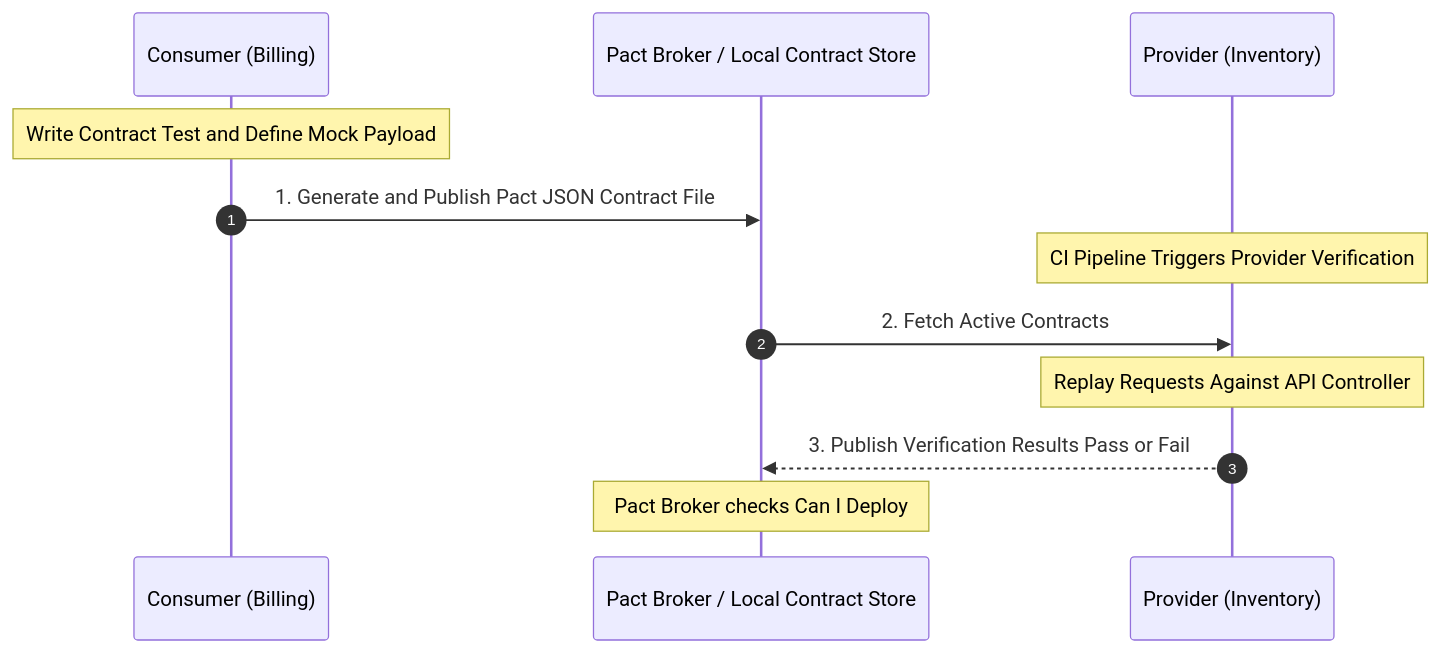
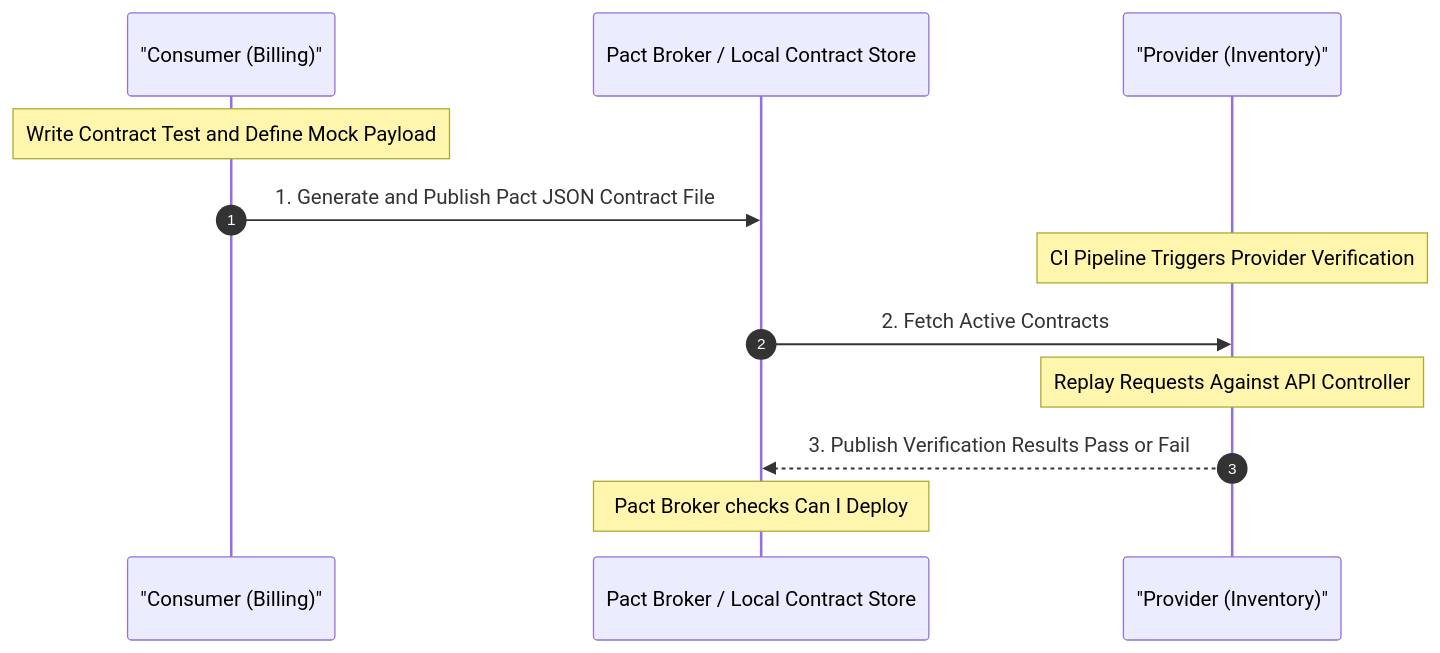
One commit to beyondnetcode/arc32_nodejs_progresive_monolith changed the diagram in reference/governance/standards/engineering/contract-testing-guideline.md. Above: the diagram before and after it, drawn with Mermaid. The commit also changed other lines of this file and 47 other files, not shown here.

Commit message:
docs: enforce markdown and diagram standards

````diff
--- a/reference/governance/standards/engineering/contract-testing-guideline.md
+++ b/reference/governance/standards/engineering/contract-testing-guideline.md
@@ -19,15 +19,15 @@
 ```mermaid
 sequenceDiagram
  autonumber
- participant Cons as Consumer (Billing)
+ participant Cons as "Consumer (Billing)"
  participant Pact as Pact Broker / Local Contract Store
- participant Prov as Provider (Inventory)
+ participant Prov as "Provider (Inventory)"
 
  Note over Cons: Write Contract Test and Define Mock Payload
  Cons->>Pact: 1. Generate and Publish Pact JSON Contract File
  Note over Prov: CI Pipeline Triggers Provider Verification
  Pact->>Prov: 2. Fetch Active Contracts
  Note over Prov: Replay Requests Against API Controller
  Prov-->>Pact: 3. Publish Verification Results Pass or Fail
  Note over Pact: Pact Broker checks Can I Deploy
 ```
````
